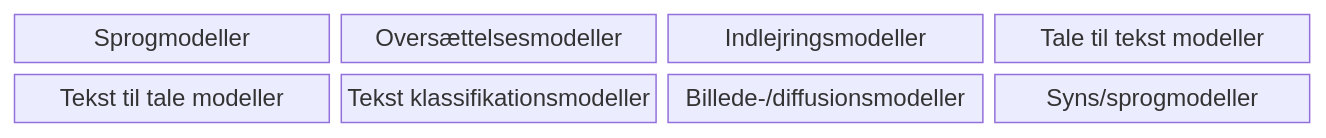
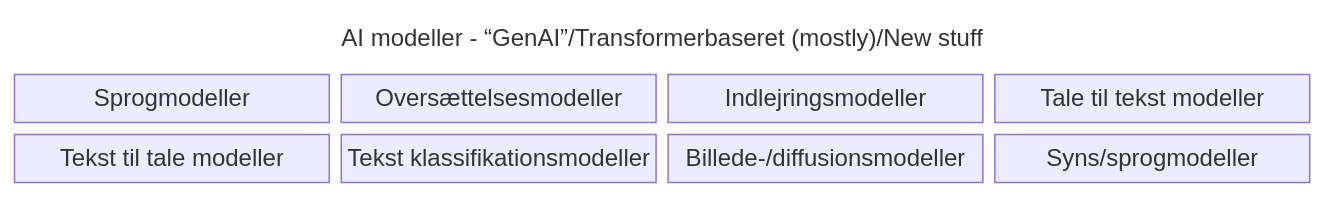
Before and after one commit to OS2sandbox/public-genai-governance: the first of 2 diagrams in docs/minimumskrav/baggrund_objekt_for_os2AI.md, drawn with Mermaid.

Commit message:
try fix title

````diff
--- a/docs/minimumskrav/baggrund_objekt_for_os2AI.md
+++ b/docs/minimumskrav/baggrund_objekt_for_os2AI.md
@@ -54,22 +54,22 @@
 ```mermaid
 ---
 config:
   theme: default
 ---
 block
   columns 4
   
   classDef title fill:none, stroke-width:0px
+  
+  dia_title["AI modeller - “GenAI”/Transformerbaseret (mostly)/New stuff"]:4
   class dia_title title
   
-  dia_title["AI modeller - “GenAI”/Transformerbaseret (mostly)/New stuff"]:4
-
   llm["Sprogmodeller"]
   trans["Oversættelsesmodeller"]
   embed["Indlejringsmodeller"]
   stt["Tale til tekst modeller"]
   tts["Tekst til tale modeller"]
   clas["Tekst klassifikationsmodeller"]
   img["Billede-/diffusionsmodeller"]
   vlm["Syns/sprogmodeller"]
 ```
````
